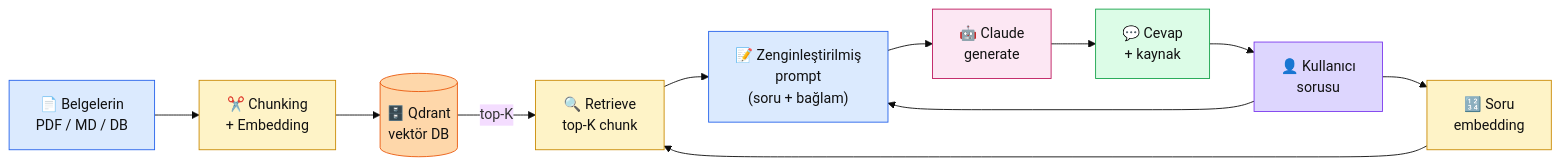
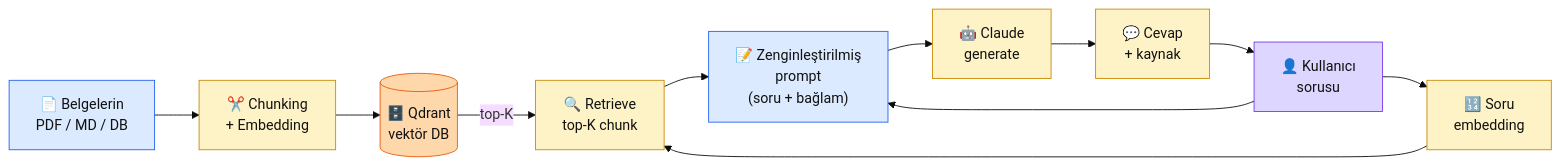
One commit to KemalG-u/muhendisal-platform changed the diagram in docs/bolum-4/01-rag-nedir.md. Above: the diagram before and after it, drawn with Mermaid (base theme). The commit also changed other lines of this file and 8 other files, not shown here.

````diff
--- a/docs/bolum-4/01-rag-nedir.md
+++ b/docs/bolum-4/01-rag-nedir.md
@@ -38,33 +39,33 @@
 ```mermaid
 flowchart LR
   DOC["📄 Belgelerin\nPDF / MD / DB"]
   CHUNK["✂️ Chunking\n+ Embedding"]
   VDB[("🗄️ Qdrant\nvektör DB")]
   USR["👤 Kullanıcı\nsorusu"]
   QEMB["🔢 Soru\nembedding"]
   RET["🔍 Retrieve\ntop-K chunk"]
   PROMPT["📝 Zenginleştirilmiş\nprompt\n(soru + bağlam)"]
   CLAUDE["🤖 Claude\ngenerate"]
   ANS["💬 Cevap\n+ kaynak"]
 
   DOC --> CHUNK --> VDB
   USR --> QEMB --> RET
   VDB -->|top-K| RET
   RET --> PROMPT
   USR --> PROMPT
   PROMPT --> CLAUDE --> ANS
   ANS --> USR
 
   classDef veri fill:#dbeafe,stroke:#2563eb,color:#111
   classDef hes fill:#fef3c7,stroke:#ca8a04,color:#111
   classDef db fill:#fed7aa,stroke:#ea580c,color:#111
   classDef kul fill:#ddd6fe,stroke:#7c3aed,color:#111
-  classDef llm fill:#fce7f3,stroke:#be185d,color:#111
-  classDef hed fill:#dcfce7,stroke:#16a34a,color:#111
+  classDef llm fill:#fef3c7,stroke:#ca8a04,color:#111
+  classDef hed fill:#fef3c7,stroke:#ca8a04,color:#111
   class DOC,PROMPT veri
   class CHUNK,QEMB,RET hes
   class VDB db
   class USR kul
   class CLAUDE llm
   class ANS hed
 ```
````
